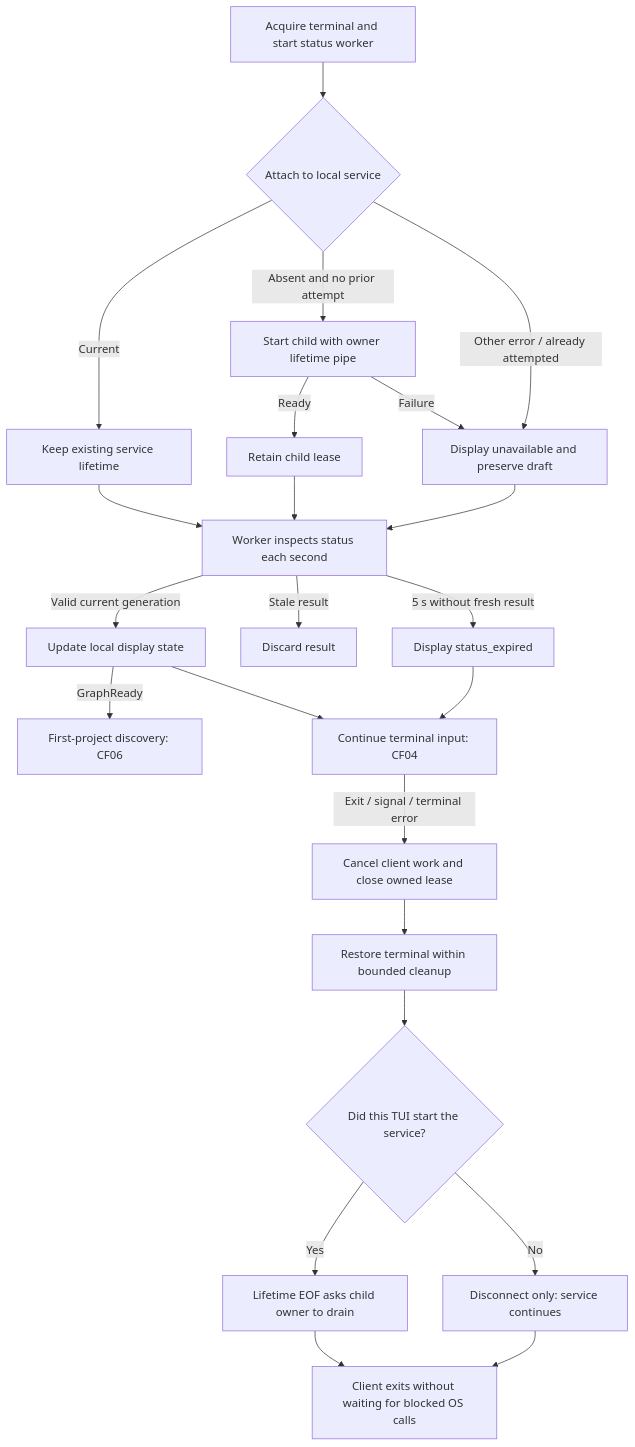
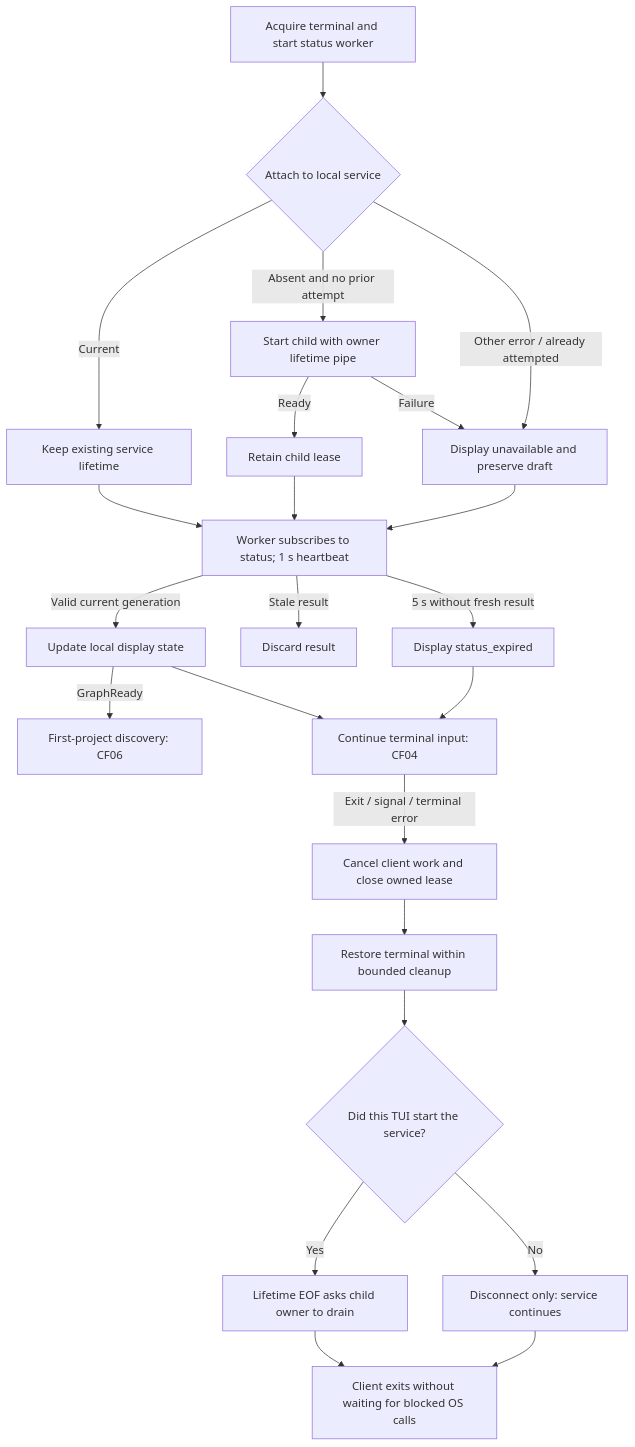
One commit to pidster/asura changed the fourth of 17 diagrams in docs/designs/command-flows.md. Above: the diagram before and after it, drawn with Mermaid. The commit also changed other lines of this file and 29 other files, not shown here.

````diff
--- a/docs/designs/command-flows.md
+++ b/docs/designs/command-flows.md
@@ -108,25 +110,25 @@
 ```mermaid
 flowchart TD
     Begin["Acquire terminal and start status worker"] --> Attach{"Attach to local service"}
     Attach -->|Current| Independent["Keep existing service lifetime"]
     Attach -->|"Absent and no prior attempt"| Spawn["Start child with owner lifetime pipe"]
     Attach -->|"Other error / already attempted"| Unavailable["Display unavailable and preserve draft"]
     Spawn -->|Ready| Owned["Retain child lease"]
     Spawn -->|Failure| Unavailable
-    Independent --> Inspect["Worker inspects status each second"]
+    Independent --> Inspect["Worker subscribes to status; 1 s heartbeat"]
     Owned --> Inspect
     Unavailable --> Inspect
     Inspect -->|"Valid current generation"| Display["Update local display state"]
     Inspect -->|"Stale result"| Ignore["Discard result"]
     Inspect -->|"5 s without fresh result"| Expired["Display status_expired"]
     Display -->|GraphReady| Discover["First-project discovery: CF06"]
     Display --> Input["Continue terminal input: CF04"]
     Expired --> Input
     Input -->|"Exit / signal / terminal error"| Cancel["Cancel client work and close owned lease"]
     Cancel --> Restore["Restore terminal within bounded cleanup"]
     Restore --> Own{"Did this TUI start the service?"}
     Own -->|Yes| Drain["Lifetime EOF asks child owner to drain"]
     Own -->|No| Leave["Disconnect only: service continues"]
     Drain --> End["Client exits without waiting for blocked OS calls"]
     Leave --> End
 ```
````
